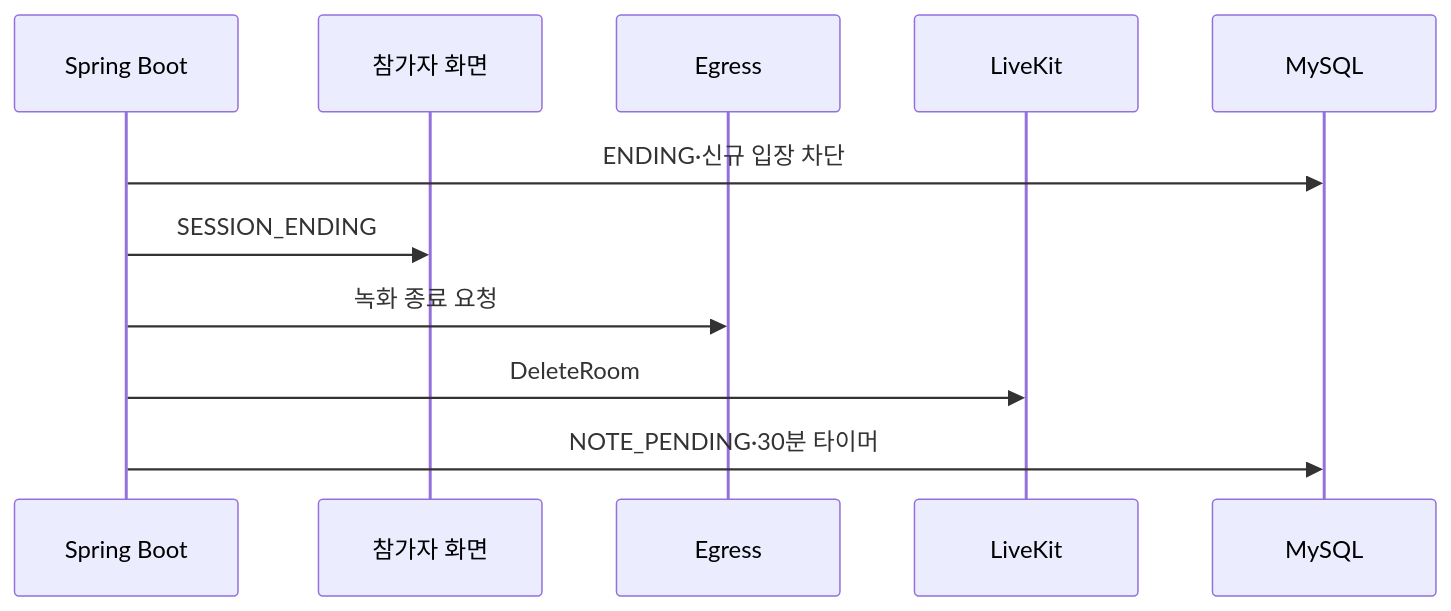
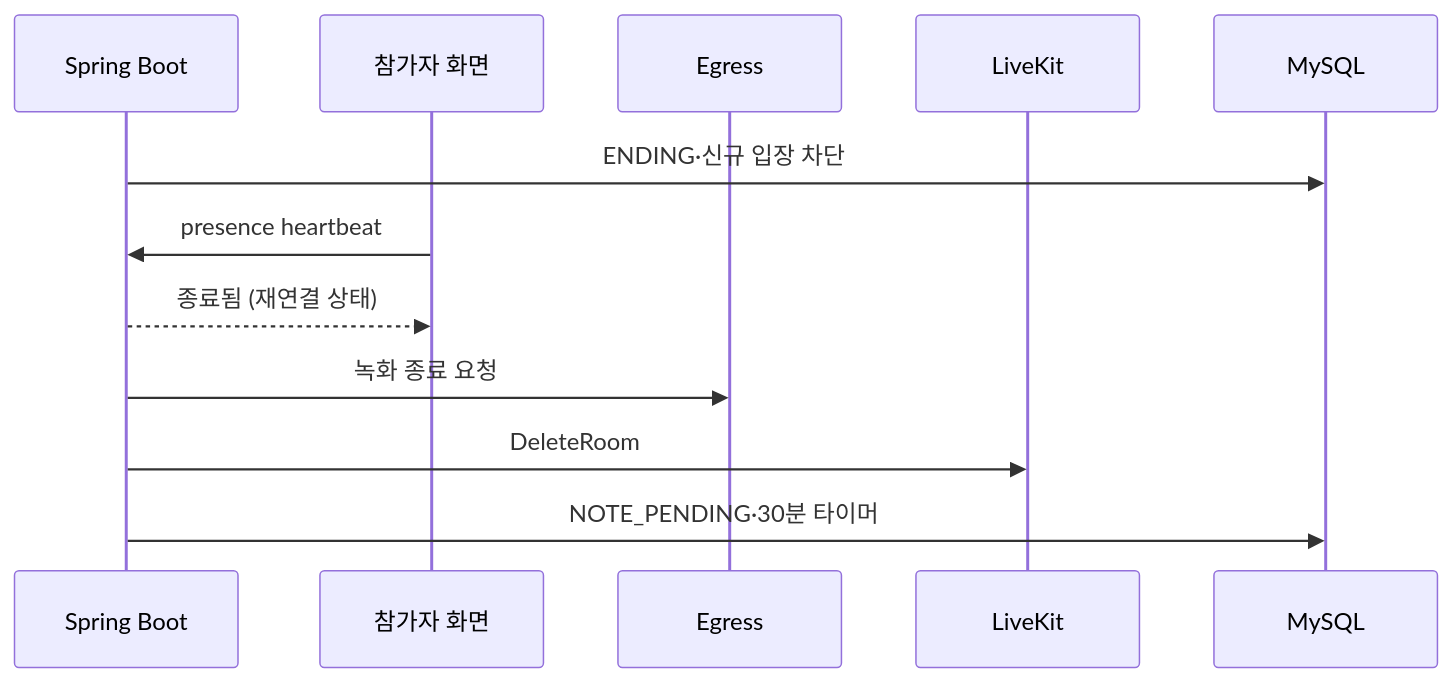
One commit to eomgerm/zani changed the fifth of 6 diagrams in .agents/livekit-overview.md. Above: the diagram before and after it, drawn with Mermaid. The commit also changed other lines of this file and 3 other files, not shown here.

````diff
--- a/.agents/livekit-overview.md
+++ b/.agents/livekit-overview.md
@@ -167,14 +167,15 @@
 ```mermaid
 sequenceDiagram
     participant BE as Spring Boot
     participant FE as 참가자 화면
     participant EG as Egress
     participant LK as LiveKit
     participant DB as MySQL
 
     BE->>DB: ENDING·신규 입장 차단
-    BE->>FE: SESSION_ENDING
+    FE->>BE: presence heartbeat
+    BE-->>FE: 종료됨 (재연결 상태)
     BE->>EG: 녹화 종료 요청
     BE->>LK: DeleteRoom
     BE->>DB: NOTE_PENDING·30분 타이머
 ```
````
